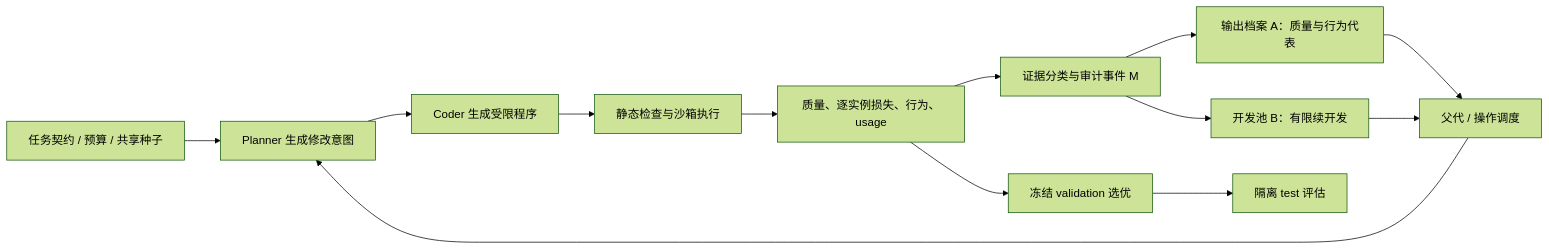
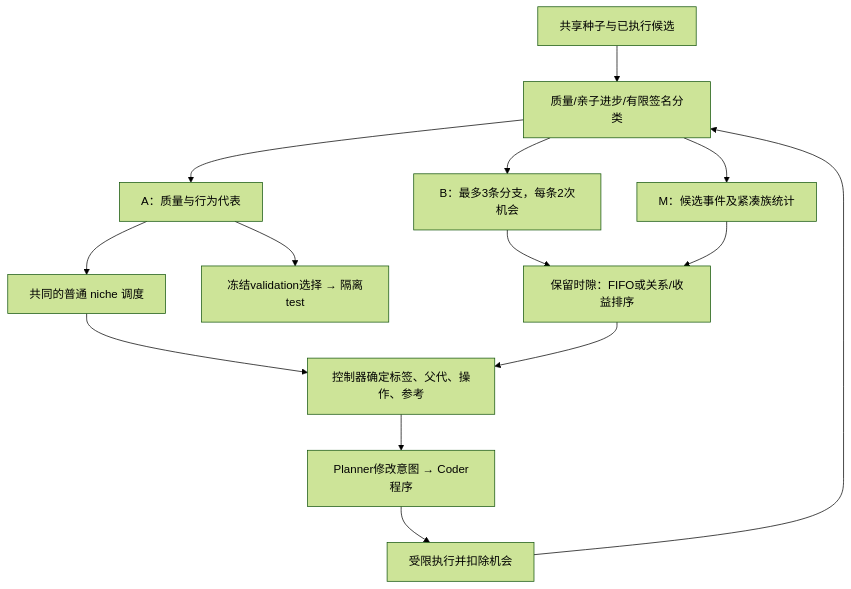
Before and after one commit to zhang-li-da/multimodal-optimization-thesis: the diagram in docs/chapter6/V12_ARCHITECTURE.md, drawn with Mermaid (forest theme). The commit also changed other lines of this file and 37 other files, not shown here.

````diff
--- a/docs/chapter6/V12_ARCHITECTURE.md
+++ b/docs/chapter6/V12_ARCHITECTURE.md
@@ -15,15 +23,16 @@
 ```mermaid
-flowchart LR
-    T[任务契约 / 预算 / 共享种子] --> P[Planner 生成修改意图]
-    P --> C[Coder 生成受限程序]
-    C --> E[静态检查与沙箱执行]
-    E --> R[质量、逐实例损失、行为、usage]
-    R --> D[证据分类与审计事件 M]
-    D --> A[输出档案 A：质量与行为代表]
-    D --> B[开发池 B：有限续开发]
-    A --> S[父代 / 操作调度]
-    B --> S
-    S --> P
-    R --> V[冻结 validation 选优]
-    V --> X[隔离 test 评估]
+flowchart TD
+    H[共享种子与已执行候选] --> E[质量/亲子进步/有限签名分类]
+    E --> A[A：质量与行为代表]
+    E --> B[B：最多3条分支，每条2次机会]
+    E --> M[M：候选事件及紧凑族统计]
+    A --> S[共同的普通 niche 调度]
+    B --> F[保留时隙：FIFO或关系/收益排序]
+    M --> F
+    S --> C[控制器确定标签、父代、操作、参考]
+    F --> C
+    C --> P[Planner修改意图 → Coder程序]
+    P --> V[受限执行并扣除机会]
+    V --> E
+    A --> T[冻结validation选择 → 隔离test]
 ```
````
